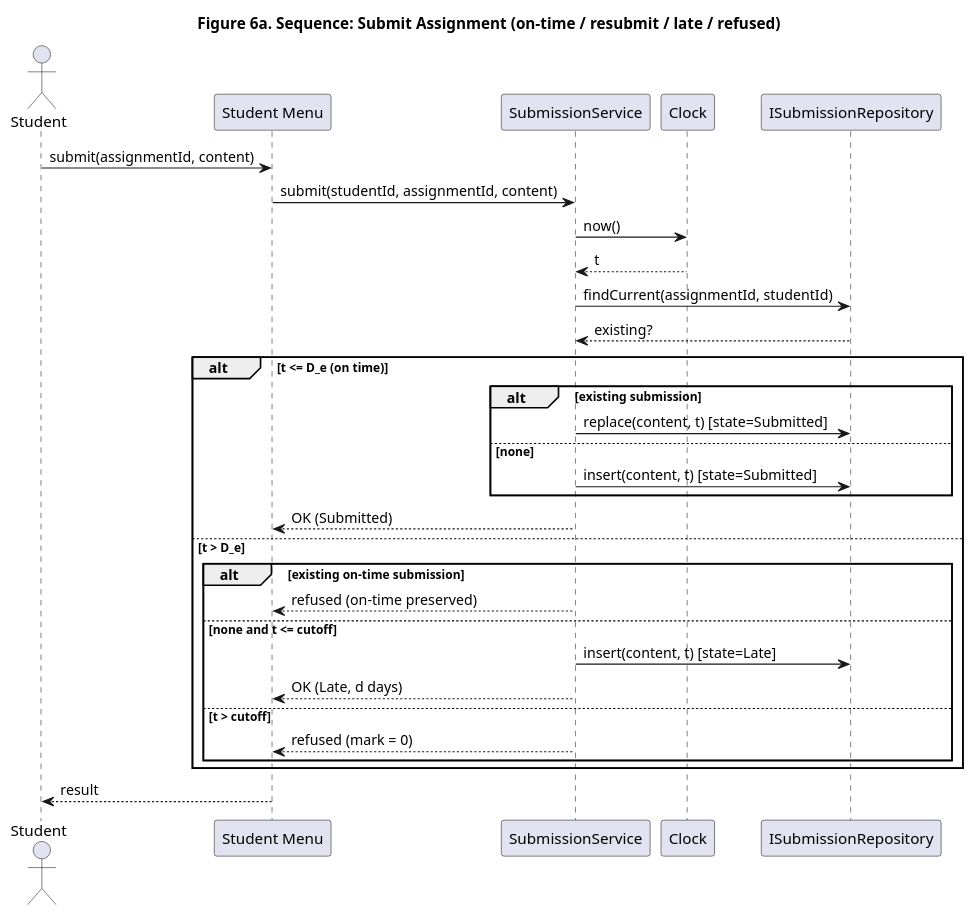
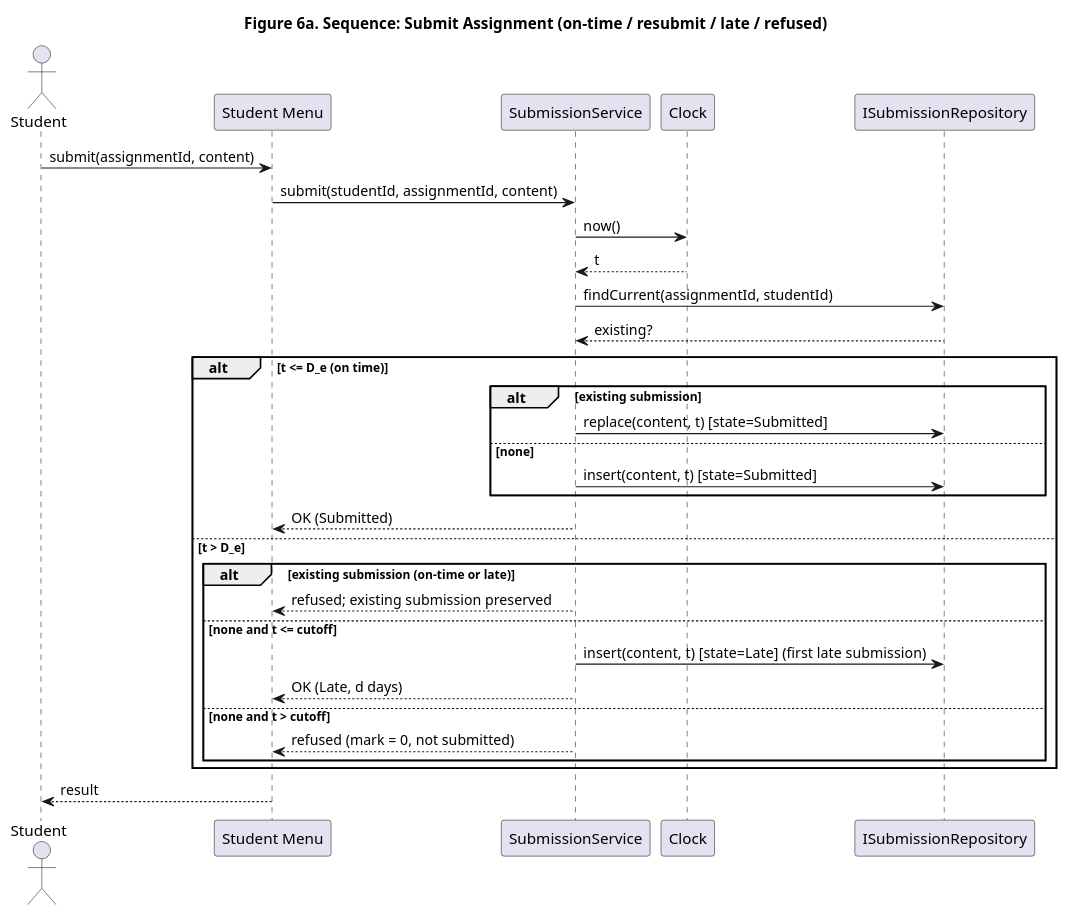
Before and after one commit to mwelipama/cs4433-moderated-lms: the diagram in assets/diagrams/sequence_submit.puml, drawn with PlantUML. The commit also changed 20 other files, not shown here.

Commit message:
Gate 2 corrections: single release state, first-late-only rule, DB audit-reason enforcement, partial release plus atomic transactions, SQLite schema validation

```diff
--- a/assets/diagrams/sequence_submit.puml
+++ b/assets/diagrams/sequence_submit.puml
@@ -1,32 +1,32 @@
 @startuml
 title Figure 6a. Sequence: Submit Assignment (on-time / resubmit / late / refused)
 actor Student
 participant "Student Menu" as UI
 participant SubmissionService as SS
 participant Clock
 participant ISubmissionRepository as Repo
 Student -> UI : submit(assignmentId, content)
 UI -> SS : submit(studentId, assignmentId, content)
 SS -> Clock : now()
 Clock --> SS : t
 SS -> Repo : findCurrent(assignmentId, studentId)
 Repo --> SS : existing?
 alt t <= D_e (on time)
   alt existing submission
     SS -> Repo : replace(content, t) [state=Submitted]
   else none
     SS -> Repo : insert(content, t) [state=Submitted]
   end
   SS --> UI : OK (Submitted)
 else t > D_e
-  alt existing on-time submission
-    SS --> UI : refused (on-time preserved)
+  alt existing submission (on-time or late)
+    SS --> UI : refused; existing submission preserved
   else none and t <= cutoff
-    SS -> Repo : insert(content, t) [state=Late]
+    SS -> Repo : insert(content, t) [state=Late]  (first late submission)
     SS --> UI : OK (Late, d days)
-  else t > cutoff
-    SS --> UI : refused (mark = 0)
+  else none and t > cutoff
+    SS --> UI : refused (mark = 0, not submitted)
   end
 end
 UI --> Student : result
 @enduml
```
